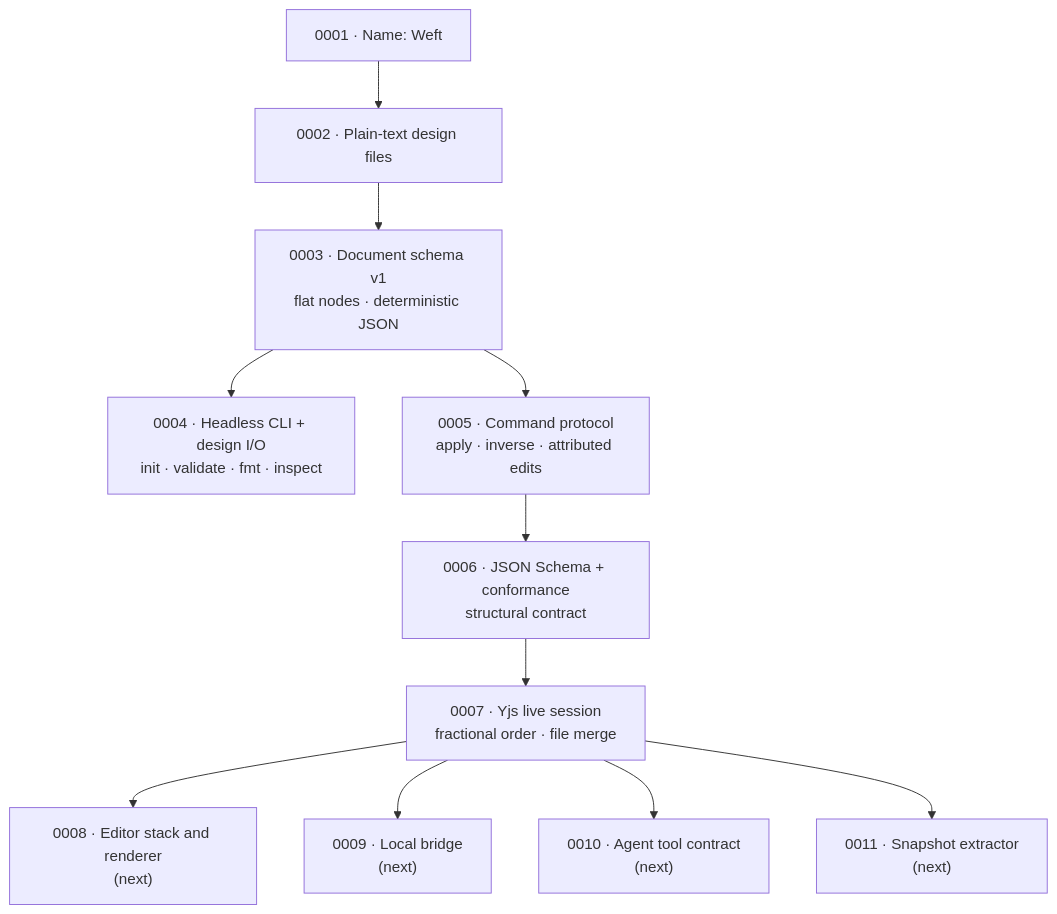
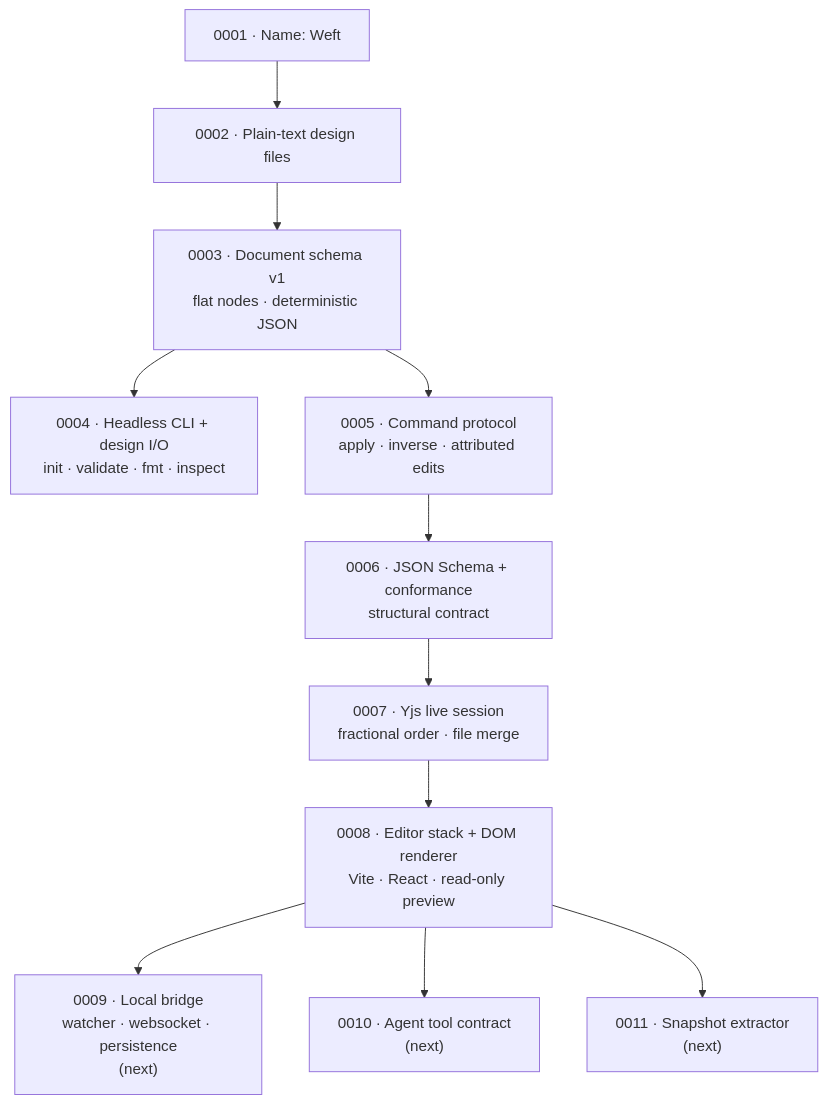
Before and after one commit to Pranesh-Selvaraj/Weft: the diagram in docs/decisions/README.md, drawn with Mermaid. The commit also changed other lines of this file and 26 other files, not shown here.

First line of the commit message:
Add the DOM renderer and read-only browser preview

````diff
--- a/docs/decisions/README.md
+++ b/docs/decisions/README.md
@@ -30,13 +31,13 @@
 ```mermaid
 graph TD
     A["0001 · Name: Weft"] --> B["0002 · Plain-text design files"]
     B --> C["0003 · Document schema v1<br/>flat nodes · deterministic JSON"]
     C --> D["0004 · Headless CLI + design I/O<br/>init · validate · fmt · inspect"]
     C --> E["0005 · Command protocol<br/>apply · inverse · attributed edits"]
     E --> F["0006 · JSON Schema + conformance<br/>structural contract"]
     F --> G["0007 · Yjs live session<br/>fractional order · file merge"]
-    G --> H["0008 · Editor stack and renderer<br/>(next)"]
-    G --> I["0009 · Local bridge<br/>(next)"]
-    G --> J["0010 · Agent tool contract<br/>(next)"]
-    G --> K["0011 · Snapshot extractor<br/>(next)"]
+    G --> H["0008 · Editor stack + DOM renderer<br/>Vite · React · read-only preview"]
+    H --> I["0009 · Local bridge<br/>watcher · websocket · persistence<br/>(next)"]
+    H --> J["0010 · Agent tool contract<br/>(next)"]
+    H --> K["0011 · Snapshot extractor<br/>(next)"]
 ```
````
